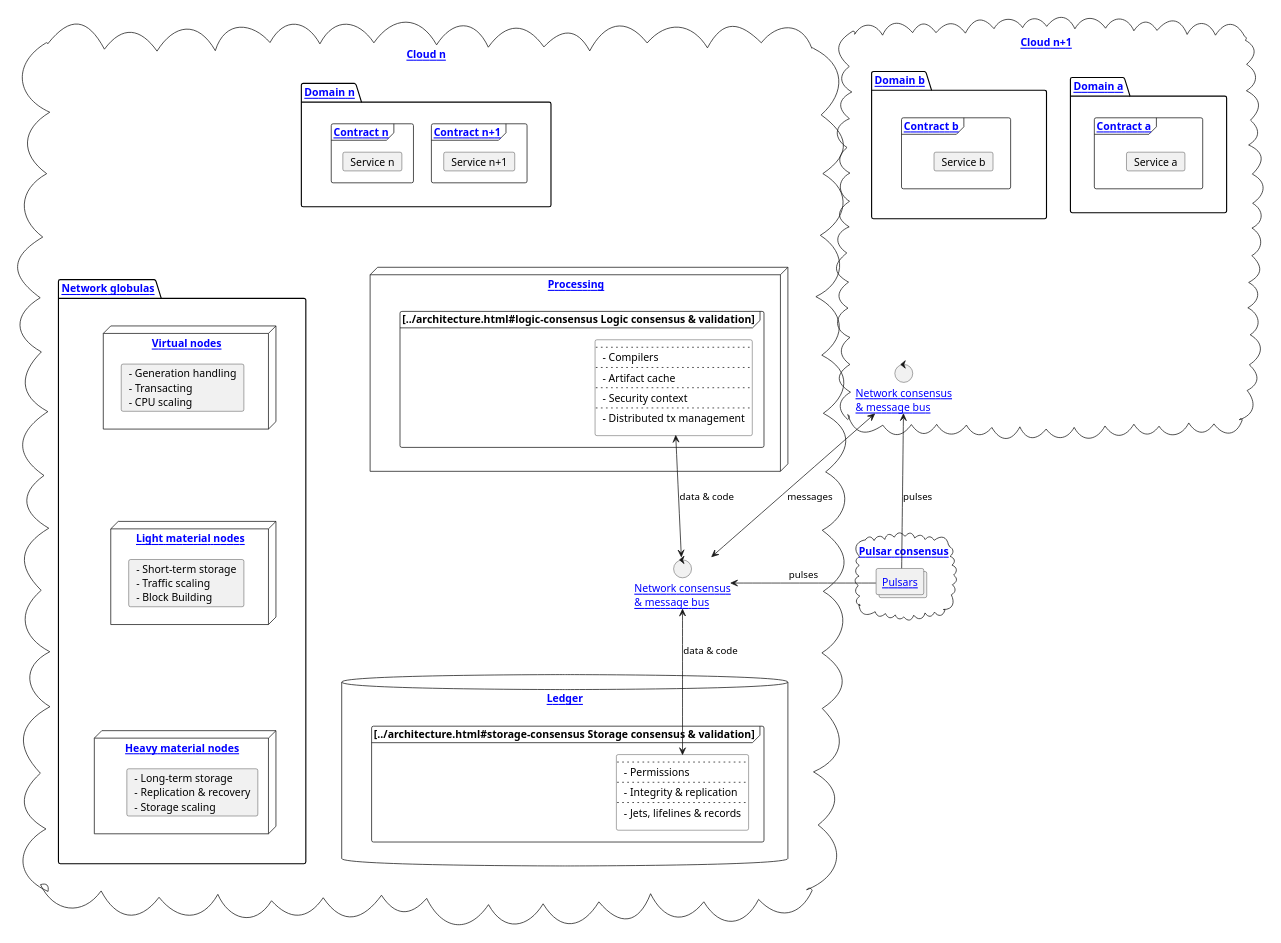
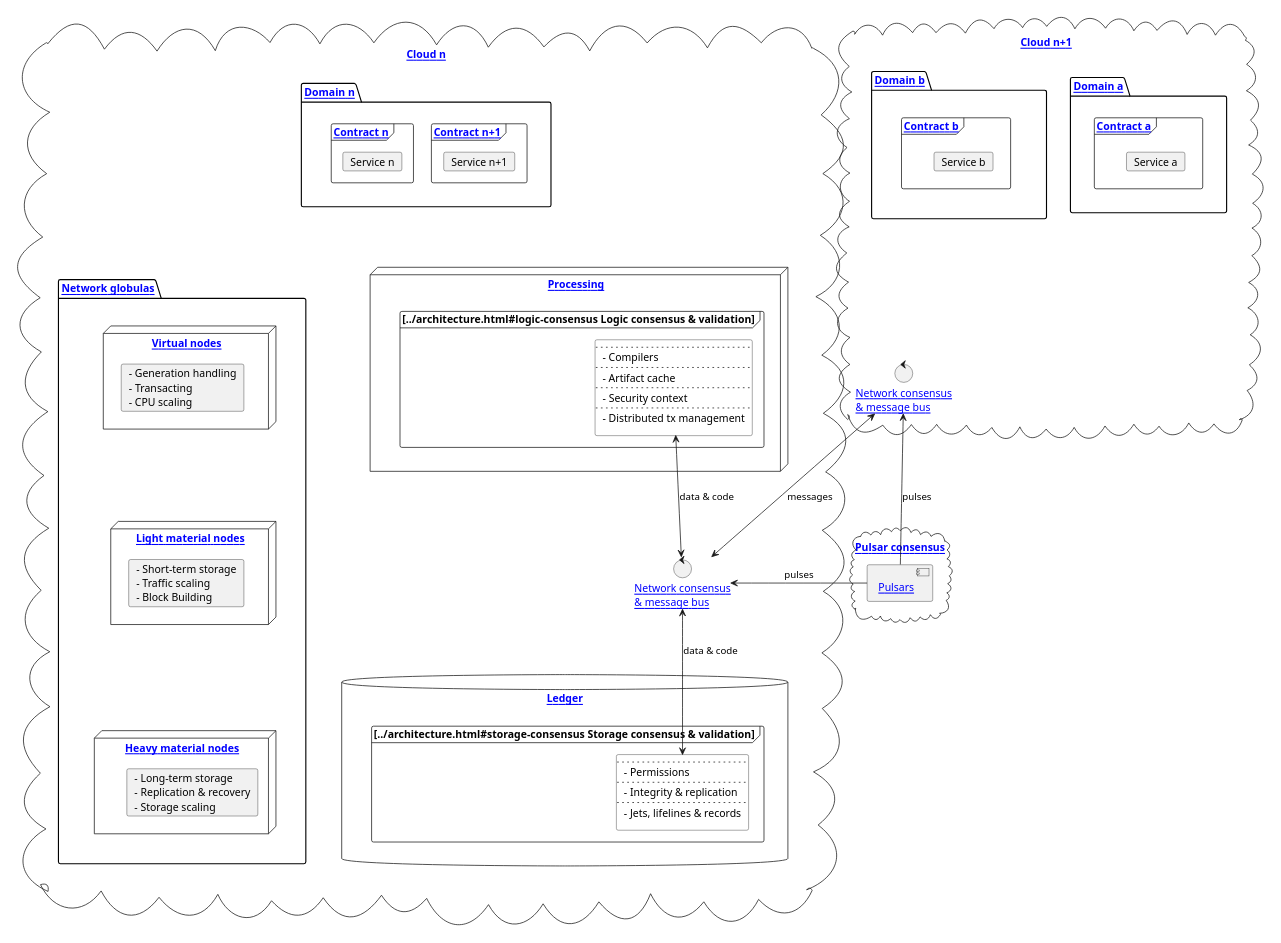
Before and after one commit to sofiayem/rtd-doc-tests: the first of 5 diagrams in docs/source/architecture.rst, drawn with PlantUML.

Commit message:
test collections

```diff
--- a/docs/source/architecture.rst
+++ b/docs/source/architecture.rst
@@ -47,7 +47,7 @@
    together {
     cloud "[[../architecture.html#pulsar-consensus Pulsar consensus]]" as pcon {
       together {
-        collections "[[../architecture.html#pulsars Pulsars]]" as pulsars
+        component "[[../architecture.html#pulsars Pulsars]]" as pulsars
       }
     }
     cloud "[[../architecture.html#fed-of-clouds Cloud n+1]]" as cloudnext {
```
